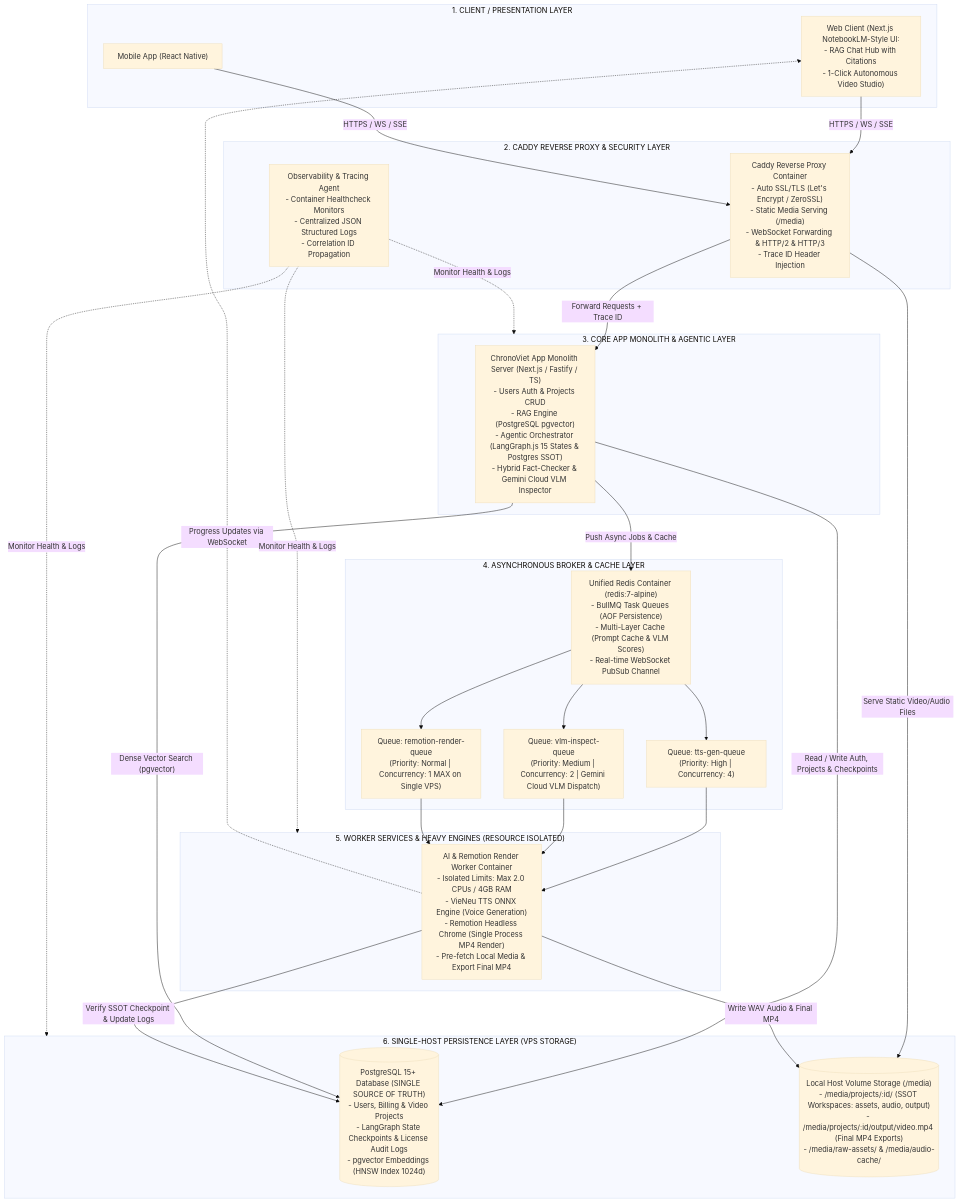
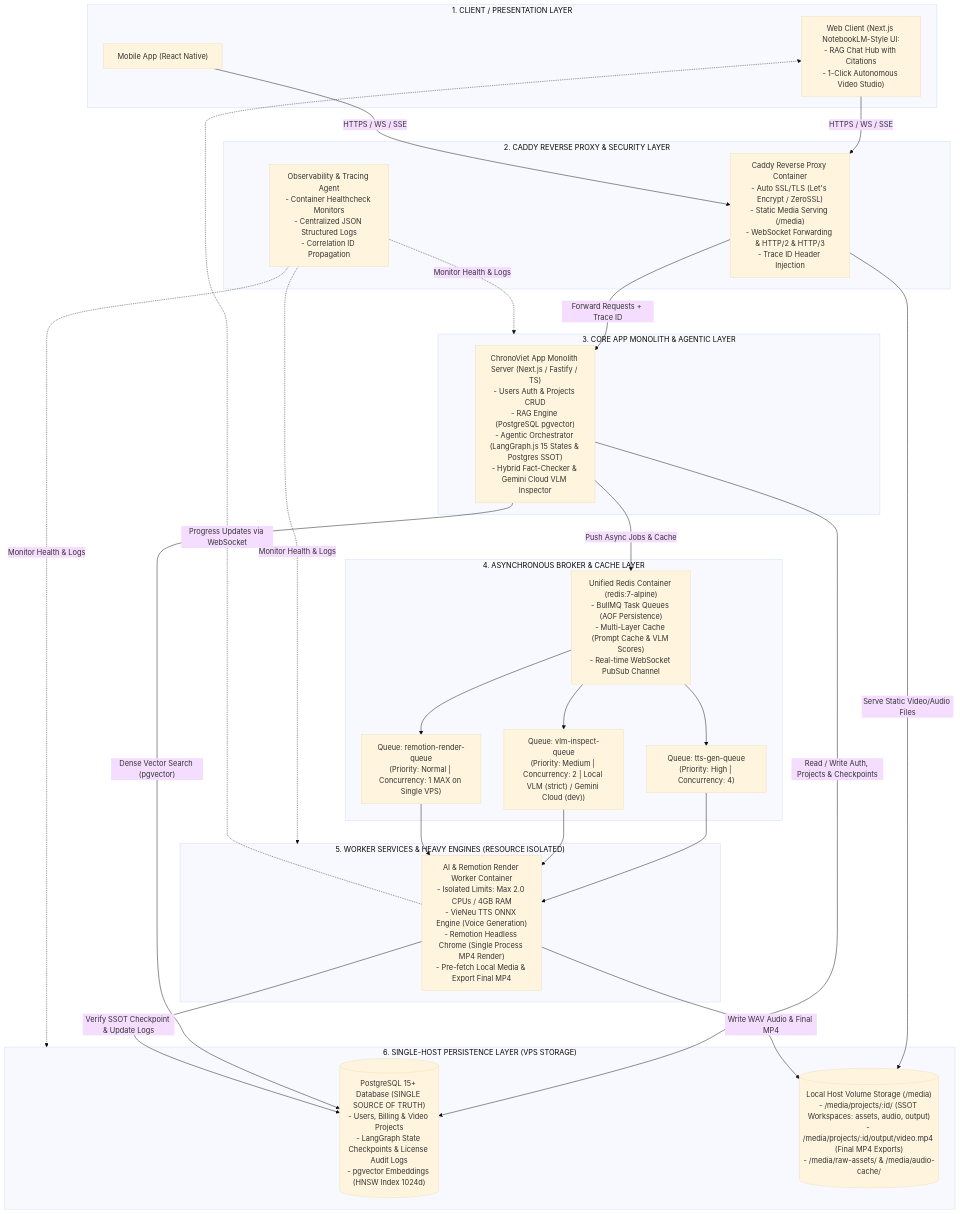
One commit to TCTri205/ChronoViet changed the first of 6 diagrams in docs/architecture/CHRONOVIET_ARCHITECTURE_DIAGRAMS.md. Above: the diagram before and after it, drawn with Mermaid (base theme). The commit also changed other lines of this file and 285 other files, not shown here.

Commit message:
feat(core): architecture consolidation, infrastructure separation, RAG generation pipeline, and project structure alignment

````diff
--- a/docs/architecture/CHRONOVIET_ARCHITECTURE_DIAGRAMS.md
+++ b/docs/architecture/CHRONOVIET_ARCHITECTURE_DIAGRAMS.md
@@ -11,53 +11,53 @@
 ```mermaid
 flowchart TB
     subgraph ClientLayer["1. CLIENT / PRESENTATION LAYER"]
         WebClient["Web Client (Next.js NotebookLM-Style UI:\n- RAG Chat Hub with Citations\n- 1-Click Autonomous Video Studio)"]
         MobileClient["Mobile App (React Native)"]
     end
 
     subgraph GatewayLayer["2. CADDY REVERSE PROXY & SECURITY LAYER"]
         CaddyGateway["Caddy Reverse Proxy Container\n- Auto SSL/TLS (Let's Encrypt / ZeroSSL)\n- Static Media Serving (/media)\n- WebSocket Forwarding & HTTP/2 & HTTP/3\n- Trace ID Header Injection"]
         Telemetry["Observability & Tracing Agent\n- Container Healthcheck Monitors\n- Centralized JSON Structured Logs\n- Correlation ID Propagation"]
     end
 
     subgraph ServiceLayer["3. CORE APP MONOLITH & AGENTIC LAYER"]
         AppMonolith["ChronoViet App Monolith Server (Next.js / Fastify / TS)\n- Users Auth & Projects CRUD\n- RAG Engine (PostgreSQL pgvector)\n- Agentic Orchestrator (LangGraph.js 15 States & Postgres SSOT)\n- Hybrid Fact-Checker & Gemini Cloud VLM Inspector"]
     end
 
     subgraph BrokerLayer["4. ASYNCHRONOUS BROKER & CACHE LAYER"]
         UnifiedRedis["Unified Redis Container (redis:7-alpine)\n- BullMQ Task Queues (AOF Persistence)\n- Multi-Layer Cache (Prompt Cache & VLM Scores)\n- Real-time WebSocket PubSub Channel"]
         
         TTSQueue["Queue: tts-gen-queue\n(Priority: High | Concurrency: 4)"]
-        VLMQueue["Queue: vlm-inspect-queue\n(Priority: Medium | Concurrency: 2 | Gemini Cloud VLM Dispatch)"]
+        VLMQueue["Queue: vlm-inspect-queue\n(Priority: Medium | Concurrency: 2 | Local VLM (strict) / Gemini Cloud (dev))"]
         RenderQueue["Queue: remotion-render-queue\n(Priority: Normal | Concurrency: 1 MAX on Single VPS)"]
     end
 
     subgraph WorkerPools["5. WORKER SERVICES & HEAVY ENGINES (RESOURCE ISOLATED)"]
         AIWorker["AI & Remotion Render Worker Container\n- Isolated Limits: Max 2.0 CPUs / 4GB RAM\n- VieNeu TTS ONNX Engine (Voice Generation)\n- Remotion Headless Chrome (Single Process MP4 Render)\n- Pre-fetch Local Media & Export Final MP4"]
     end
 
     subgraph StorageLayer["6. SINGLE-HOST PERSISTENCE LAYER (VPS STORAGE)"]
         PostgresDB[("PostgreSQL 15+ Database (SINGLE SOURCE OF TRUTH)\n- Users, Billing & Video Projects\n- LangGraph State Checkpoints & License Audit Logs\n- pgvector Embeddings (HNSW Index 1024d)")]
         MediaStorage[("Local Host Volume Storage (/media)\n- /media/projects/:id/ (SSOT Workspaces: assets, audio, output)\n- /media/projects/:id/output/video.mp4 (Final MP4 Exports)\n- /media/raw-assets/ & /media/audio-cache/")]
     end
 
     %% Communications & Interactions
     WebClient & MobileClient -->|"HTTPS / WS / SSE"| CaddyGateway
     CaddyGateway -->|"Forward Requests + Trace ID"| AppMonolith
     CaddyGateway -->|"Serve Static Video/Audio Files"| MediaStorage
     Telemetry -.->|"Monitor Health & Logs"| ServiceLayer
     Telemetry -.->|"Monitor Health & Logs"| WorkerPools
     Telemetry -.->|"Monitor Health & Logs"| StorageLayer
 
     AppMonolith -->|"Read / Write Auth, Projects & Checkpoints"| PostgresDB
     AppMonolith -->|"Dense Vector Search (pgvector)"| PostgresDB
     AppMonolith -->|"Push Async Jobs & Cache"| UnifiedRedis
 
     UnifiedRedis --> TTSQueue & VLMQueue & RenderQueue
 
     TTSQueue & VLMQueue & RenderQueue --> AIWorker
 
     AIWorker -->|"Write WAV Audio & Final MP4"| MediaStorage
     AIWorker -->|"Verify SSOT Checkpoint & Update Logs"| PostgresDB
     AIWorker -.->|"Progress Updates via WebSocket"| WebClient
 ```
````
